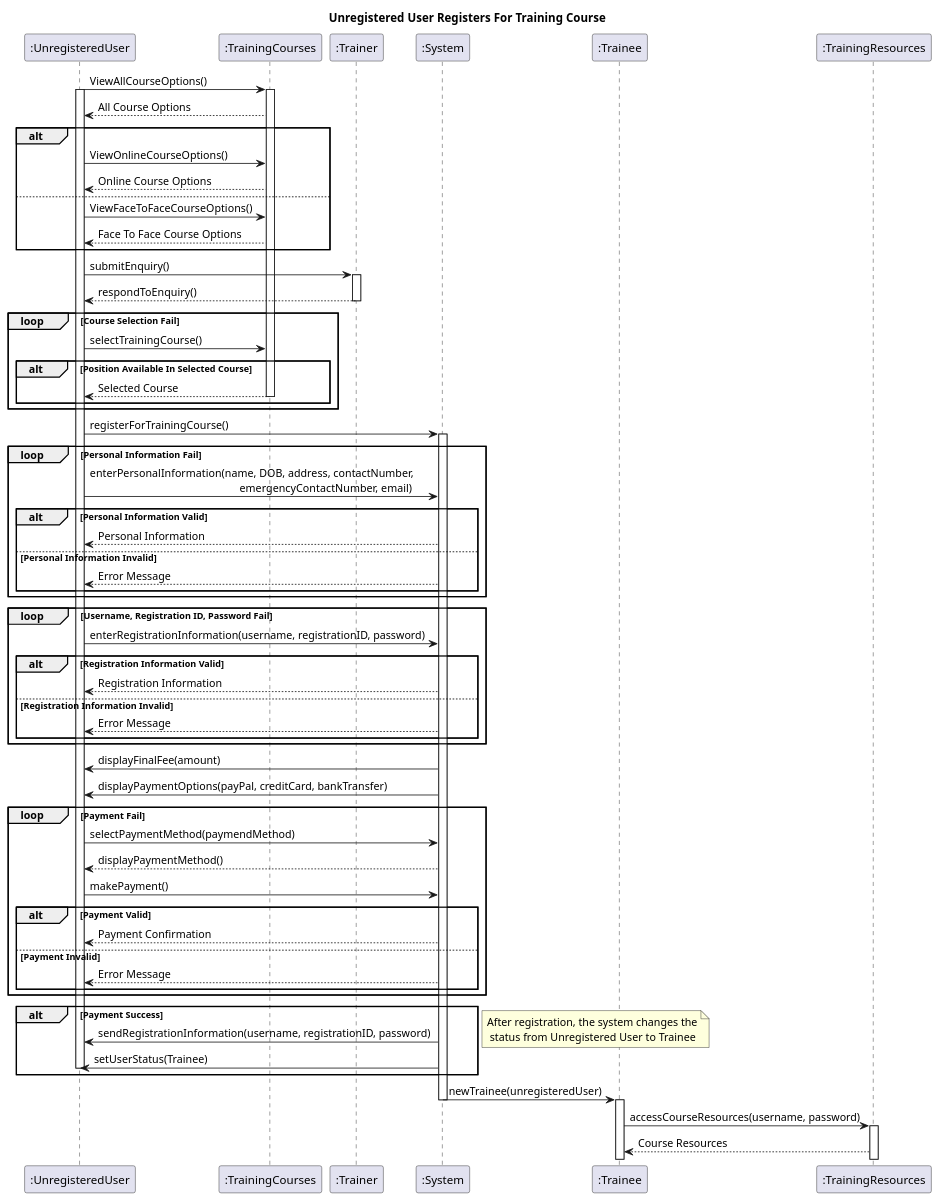
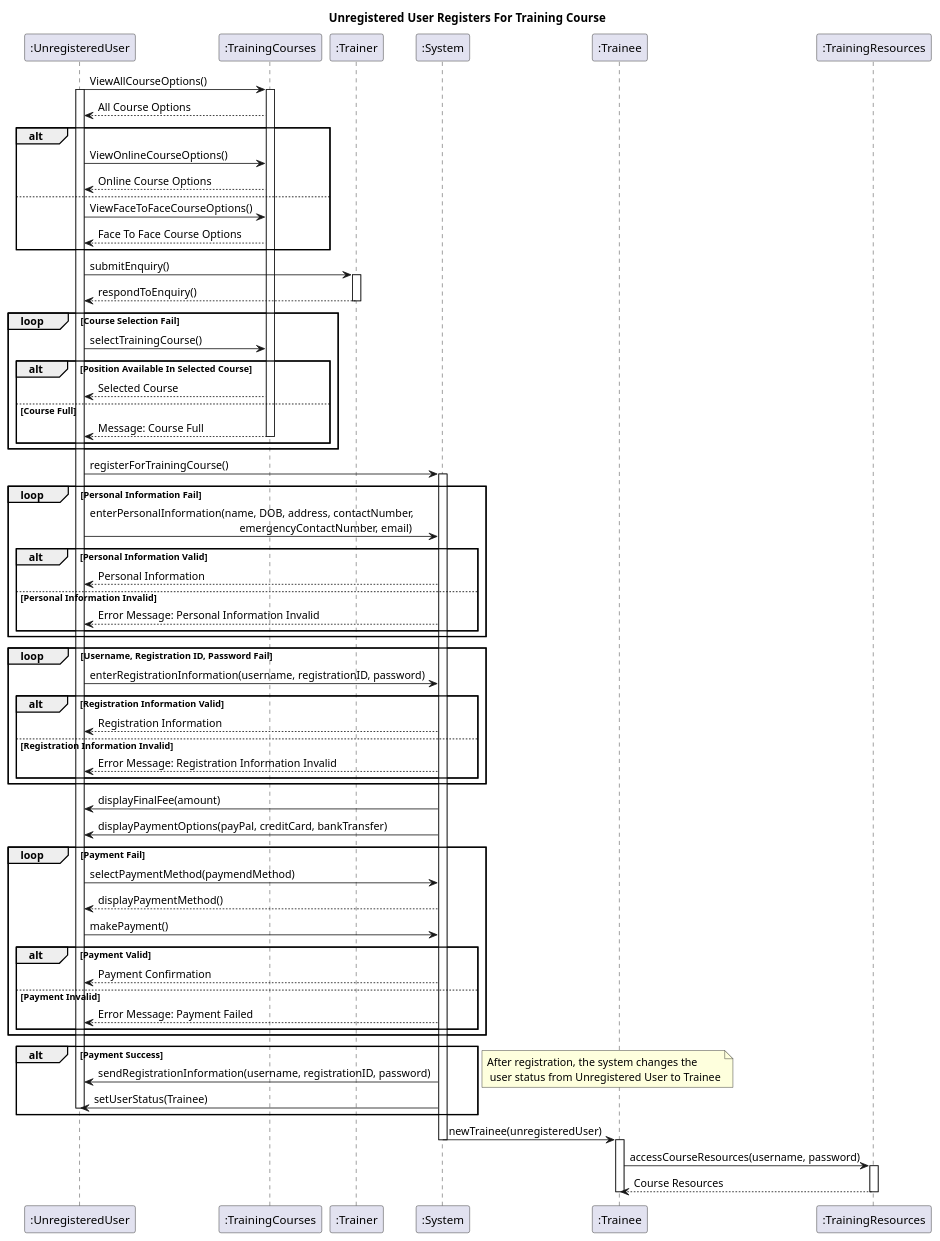
Before and after one commit to lukegasbarro/SEF_Group67: the diagram in traineeRegister.plantuml, drawn with PlantUML. The commit also changed 1 other file, not shown here.

Commit message:
Update register for training

```diff
--- a/traineeRegister.plantuml
+++ b/traineeRegister.plantuml
@@ -1,98 +1,102 @@
 @startuml
 title "Unregistered User Registers For Training Course"
 
 participant ":UnregisteredUser" as unregistered
 participant ":TrainingCourses" as training
 participant ":Trainer" as trainer
 participant ":System" as system
 participant ":Trainee" as trainee
 participant ":TrainingResources" as trainingResources
 
 ' activate system
 
 ' view courses
 unregistered -> training : ViewAllCourseOptions()
 activate unregistered
 activate training
 training --> unregistered : All Course Options
 
 alt
     unregistered -> training : ViewOnlineCourseOptions()
     training --> unregistered : Online Course Options
 else
     unregistered -> training : ViewFaceToFaceCourseOptions()
     training --> unregistered : Face To Face Course Options
 end
 
 ' Enquiry
 unregistered -> trainer : submitEnquiry()
 activate trainer
 trainer --> unregistered : respondToEnquiry()
 deactivate trainer
 
 ' select training course
 loop Course Selection Fail
     unregistered -> training : selectTrainingCourse()
     alt Position Available In Selected Course
         training --> unregistered : Selected Course
+    else Course Full
+        training --> unregistered : Message: Course Full
         deactivate training
     end
 end
 
 ' register for training
 unregistered -> system : registerForTrainingCourse()
 activate system
 loop Personal Information Fail
     unregistered -> system : enterPersonalInformation(name, DOB, address, contactNumber,\n                                                      emergencyContactNumber, email)
 
     alt Personal Information Valid
         system --> unregistered : Personal Information
     else Personal Information Invalid
-        system --> unregistered : Error Message
+        system --> unregistered : Error Message: Personal Information Invalid
     end 
 end
 
 loop Username, Registration ID, Password Fail
     unregistered -> system : enterRegistrationInformation(username, registrationID, password)
 
     alt Registration Information Valid
         system --> unregistered : Registration Information
     else Registration Information Invalid
-        system --> unregistered : Error Message
+        system --> unregistered : Error Message: Registration Information Invalid   
     end 
 end
 
 ' Dispaly fee and payment options
 system -> unregistered : displayFinalFee(amount)
 system -> unregistered : displayPaymentOptions(payPal, creditCard, bankTransfer)
 
 ' select payment method
 loop Payment Fail
     unregistered -> system : selectPaymentMethod(paymendMethod)
     system --> unregistered : displayPaymentMethod()
     unregistered -> system : makePayment()
 
     alt Payment Valid
         system --> unregistered : Payment Confirmation
     else Payment Invalid
-        system --> unregistered : Error Message
+        system --> unregistered : Error Message: Payment Failed
     end 
 end
 
 alt Payment Success
     system -> unregistered : sendRegistrationInformation(username, registrationID, password)
     system -> unregistered : setUserStatus(Trainee)
     deactivate unregistered
 end
-note right: After registration, the system changes the\n status from Unregistered User to Trainee
+note right: After registration, the system changes the\n user status from Unregistered User to Trainee
 
 ' access training resources
 system -> trainee : newTrainee(unregisteredUser)
 deactivate system
 deactivate unregistered
 activate trainee
 trainee -> trainingResources : accessCourseResources(username, password)
 activate trainingResources
 trainingResources --> trainee : Course Resources
+deactivate trainee
+deactivate trainingResources
 
 @enduml
```
